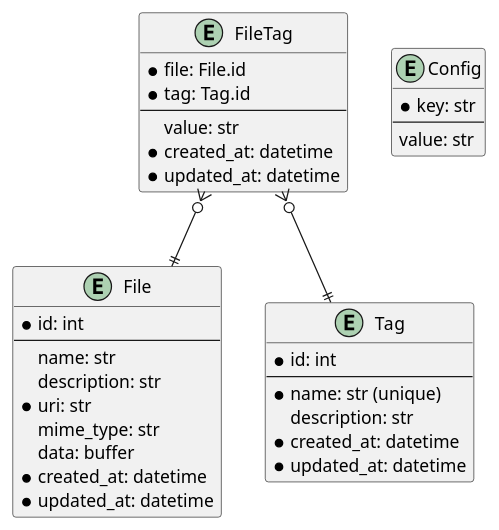
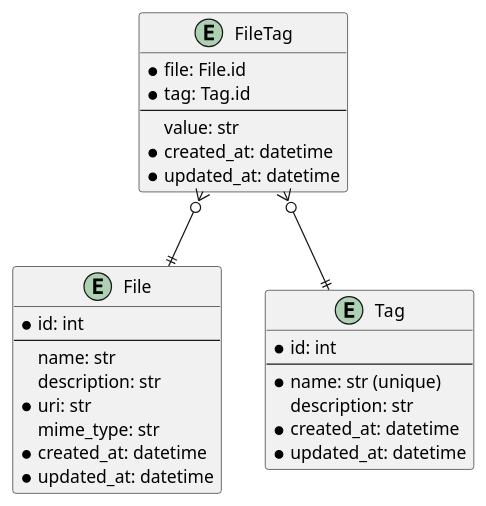
One commit to luketurner/tag-utility changed the diagram in README.md. Above: the diagram before and after it, drawn with PlantUML. The commit also changed other lines of this file and 2 other files, not shown here.

Commit message:
Remove references to config table in README

````diff
--- a/README.md
+++ b/README.md
@@ -142,43 +141,35 @@
 ```plantuml
 @startuml
 
 entity File {
   * id: int
   --
   name: str
   description: str
   * uri: str
   mime_type: str
-  data: buffer
   * created_at: datetime
   * updated_at: datetime
 }
 
 entity FileTag {
   * file: File.id
   * tag: Tag.id
   --
   value: str
   * created_at: datetime
   * updated_at: datetime
 }
 entity Tag {
   * id: int
   --
   * name: str (unique)
   description: str
   * created_at: datetime
   * updated_at: datetime
 }
-entity Config {
-  * key: str
-  --
-  value: str
-}
-
 FileTag }o--|| File
 FileTag }o--|| Tag
 
-
 @enduml
 ```
````
